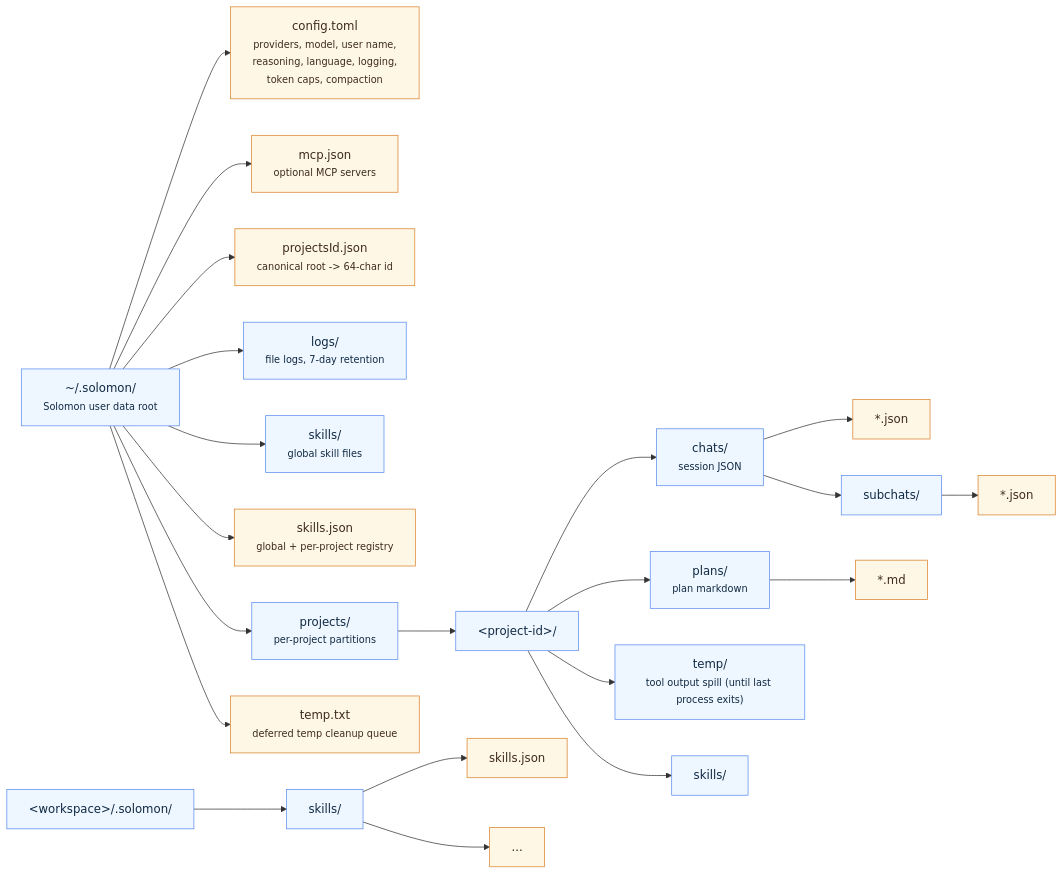
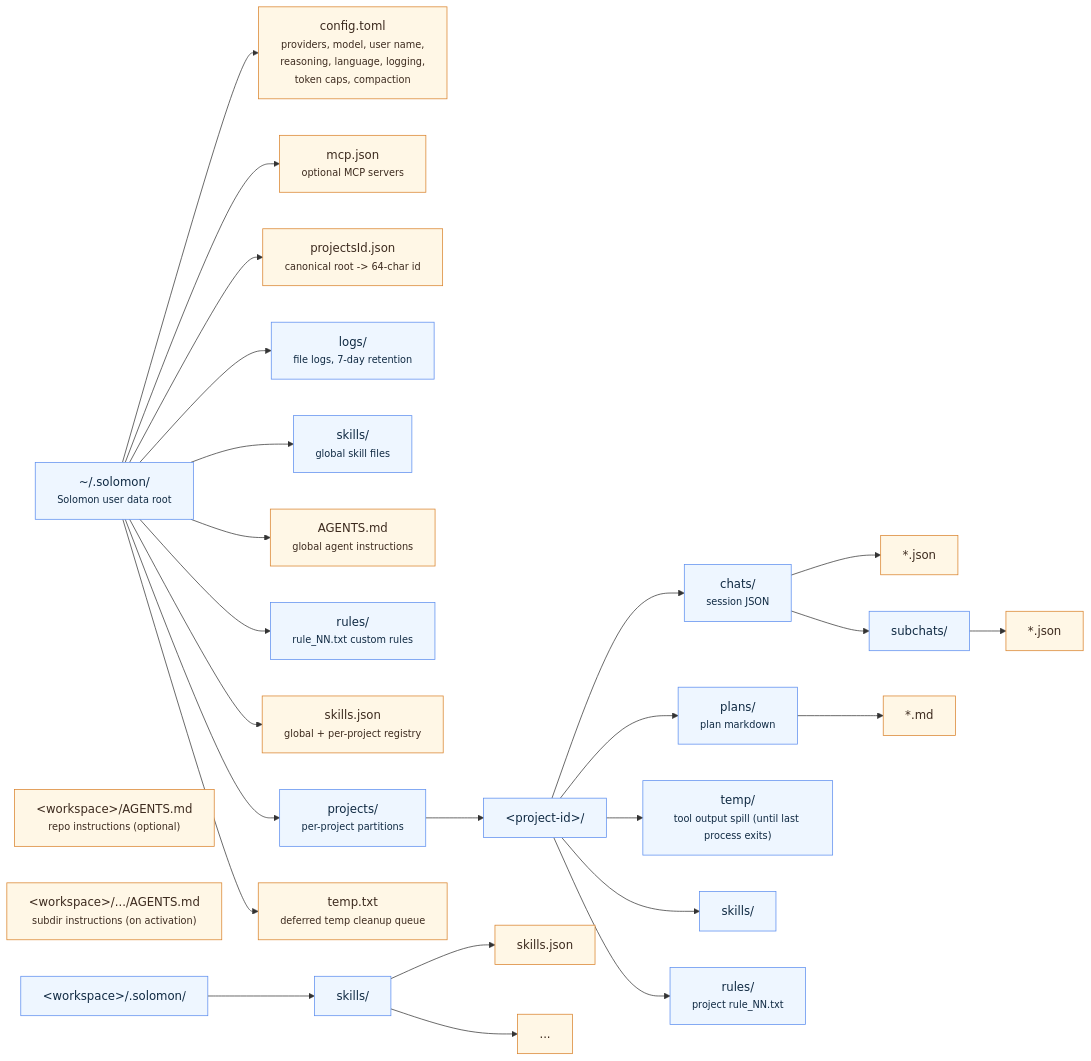
The diagram in docs/user-guide/data-layout.md (SAPPHIR3-ROS3/Solomon), drawn with Mermaid before and after one commit. The commit also changed other lines of this file and 33 other files, not shown here.

First line of the commit message:
Integrate AGENTS.md and custom rules into the system prompt.

````diff
--- a/docs/user-guide/data-layout.md
+++ b/docs/user-guide/data-layout.md
@@ -5,55 +5,64 @@
 ```mermaid
 flowchart LR
   home["~/.solomon/<br/><small>Solomon user data root</small>"]
 
   config["config.toml<br/><small>providers, model, user name,<br/>reasoning, language, logging,<br/>token caps, compaction</small>"]
   mcpConfig["mcp.json<br/><small>optional MCP servers</small>"]
   projectMap["projectsId.json<br/><small>canonical root -> 64-char id</small>"]
   logs["logs/<br/><small>file logs, 7-day retention</small>"]
   globalSkillsDir["skills/<br/><small>global skill files</small>"]
+  globalAgents["AGENTS.md<br/><small>global agent instructions</small>"]
+  globalRules["rules/<br/><small>rule_NN.txt custom rules</small>"]
   skillsRegistry["skills.json<br/><small>global + per-project registry</small>"]
 
   projects["projects/<br/><small>per-project partitions</small>"]
   projectNode["&lt;project-id&gt;/"]
   chats["chats/<br/><small>session JSON</small>"]
   chatFile["*.json"]
   subchats["subchats/"]
   subchatFile["*.json"]
   plans["plans/<br/><small>plan markdown</small>"]
   planFile["*.md"]
   temp["temp/<br/><small>tool output spill (until last process exits)</small>"]
   tempQueue["temp.txt<br/><small>deferred temp cleanup queue</small>"]
   projectSkills["skills/"]
+  projectRules["rules/<br/><small>project rule_NN.txt</small>"]
+
+  repoAgents["&lt;workspace&gt;/AGENTS.md<br/><small>repo instructions (optional)</small>"]
+  repoSubAgents["&lt;workspace&gt;/.../AGENTS.md<br/><small>subdir instructions (on activation)</small>"]
 
   workspaceRoot["&lt;workspace&gt;/.solomon/"]
   workspaceSkills["skills/"]
   localMirror["skills.json"]
   localFiles["..."]
 
   home --> config
   home --> mcpConfig
   home --> projectMap
   home --> logs
   home --> tempQueue
   home --> globalSkillsDir
+  home --> globalAgents
+  home --> globalRules
   home --> skillsRegistry
   home --> projects
   projects --> projectNode
   projectNode --> chats
   chats --> chatFile
   chats --> subchats
   subchats --> subchatFile
   projectNode --> plans
   plans --> planFile
   projectNode --> temp
   projectNode --> projectSkills
+  projectNode --> projectRules
 
   workspaceRoot --> workspaceSkills
   workspaceSkills --> localMirror
   workspaceSkills --> localFiles
 
   classDef folder fill:#eef6ff,stroke:#5b8def,color:#102a43
   classDef file fill:#fff7e6,stroke:#d9822b,color:#3d2b1f
-  class home,logs,globalSkillsDir,projects,projectNode,chats,subchats,plans,temp,projectSkills,workspaceRoot,workspaceSkills folder
-  class config,mcpConfig,projectMap,skillsRegistry,tempQueue,chatFile,subchatFile,planFile,localMirror,localFiles file
+  class home,logs,globalSkillsDir,globalRules,projects,projectNode,chats,subchats,plans,temp,projectSkills,projectRules,workspaceRoot,workspaceSkills folder
+  class config,mcpConfig,projectMap,skillsRegistry,tempQueue,chatFile,subchatFile,planFile,localMirror,localFiles,globalAgents,repoAgents,repoSubAgents file
 ```
````
